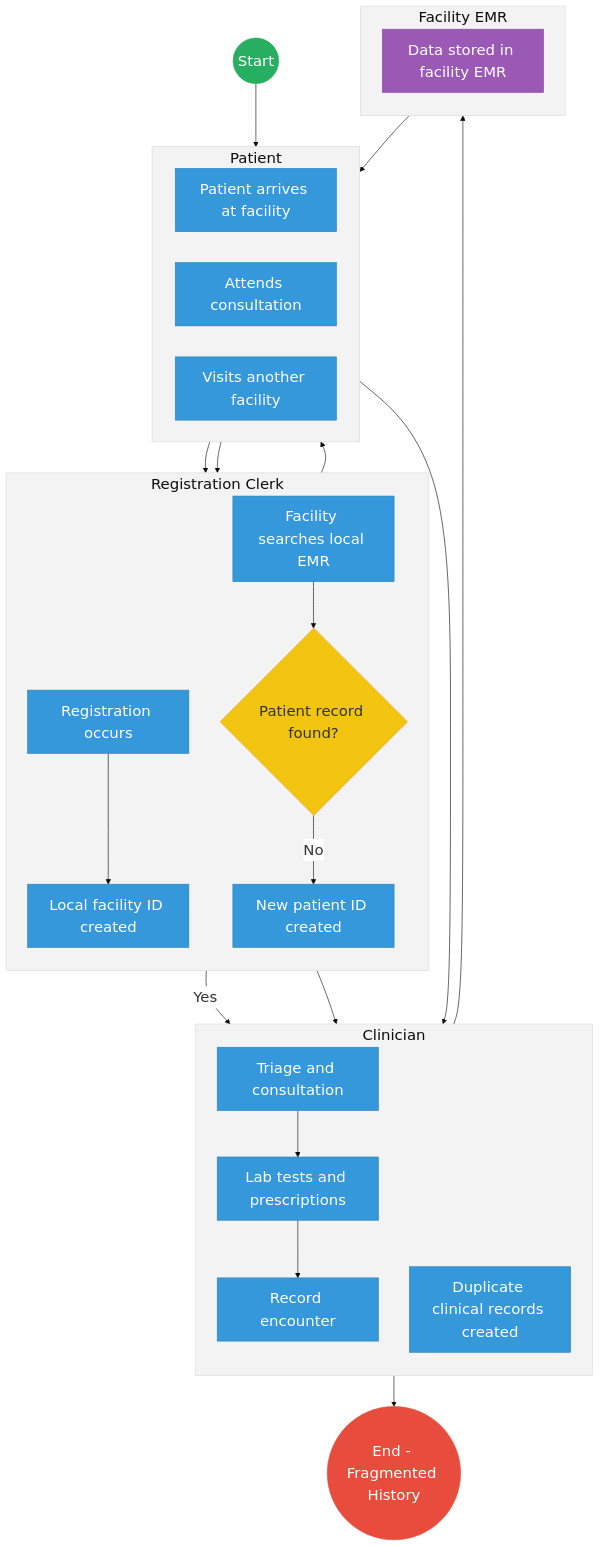
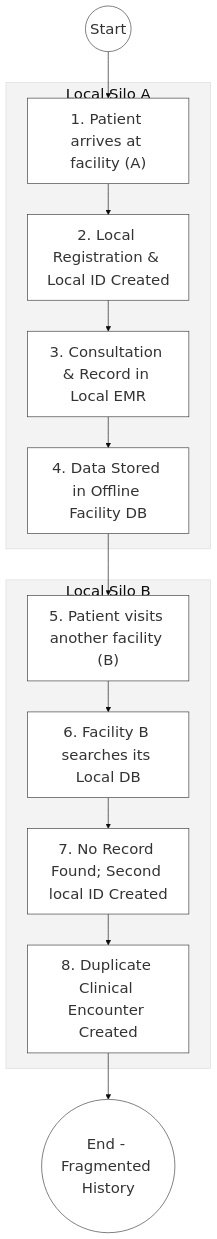
One commit to BITZ-IT-Consulting-LTD/ictapoc changed the first of 2 diagrams in mdas/docs_final/priority_mdas/Ministry_of_Health___Service_Delivery.md. Above: the diagram before and after it, drawn with Mermaid. The commit also changed other lines of this file and 37 other files, not shown here.

````diff
--- a/mdas/docs_final/priority_mdas/Ministry_of_Health___Service_Delivery.md
+++ b/mdas/docs_final/priority_mdas/Ministry_of_Health___Service_Delivery.md
@@ -36,69 +76,20 @@
 ```mermaid
 %%{init: { 'theme': 'base', 'themeVariables': { 'fontSize': '24px', 'fontFamily': 'Inter, system-ui, sans-serif', 'primaryColor': '#ffffff', 'edgeLabelBackground':'#ffffff', 'tertiaryColor': '#f3f3f3', 'mainBkg': '#ffffff', 'nodeBorder': '#333333' } } }%%
 flowchart TD
-    %% Events
-    Start((Start))
-    EndProcess(("End - Fragmented History"))
-
-    subgraph Patient [Patient]
-        direction LR
-        Arrive1["Patient arrives at facility"]
-        Consult1["Attends consultation"]
-        Arrive2["Visits another facility"]
+    Start((Start)) --> Arrive1["1. Patient arrives at facility (A)"]
+    
+    subgraph Facility_A["Local Silo A"]
+        Arrive1 --> RegPat1["2. Local Registration & Local ID Created"]
+        RegPat1 --> Consult1["3. Consultation & Record in Local EMR"]
+        Consult1 --> StoreLoc1["4. Data Stored in Offline Facility DB"]
     end
 
-    subgraph RegClerk["Registration Clerk"]
-        direction TB
-        RegPat["Registration occurs"]
-        SearchRec["Facility searches local EMR"]
-        RecGateway{"Patient record found?"}
-        CreateNew["New patient ID created"]
-        AssignID["Local facility ID created"]
+    subgraph Facility_B["Local Silo B"]
+        StoreLoc1 --> Arrive2["5. Patient visits another facility (B)"]
+        Arrive2 --> SearchRec2["6. Facility B searches its Local DB"]
+        SearchRec2 --> CreateNew2["7. No Record Found; Second local ID Created"]
+        CreateNew2 --> DupRec2["8. Duplicate Clinical Encounter Created"]
     end
 
-    subgraph Clinician [Clinician]
-        direction TB
-        Triage["Triage and consultation"]
-        Labs["Lab tests and prescriptions"]
-        RecEnc["Record encounter"]
-        DupRec["Duplicate clinical records created"]
-    end
-
-    subgraph FacEMR["Facility EMR"]
-        direction TB
-        StoreLoc["Data stored in facility EMR"]
-    end
-
-    %% Flow connections
-    Start --> Arrive1
-    Arrive1 --> RegPat
-    RegPat --> AssignID
-    AssignID --> Consult1
-    Consult1 --> Triage
-    Triage --> Labs
-    Labs --> RecEnc
-    RecEnc --> StoreLoc
-    
-    StoreLoc --> Arrive2
-    Arrive2 --> SearchRec
-    SearchRec --> RecGateway
-    
-    RecGateway -- "Yes" --> Triage
-    RecGateway -- "No" --> CreateNew
-    CreateNew --> DupRec
-    
-    DupRec --> EndProcess
-
-    %% Styling
-    classDef startEvent fill:#27ae60,stroke:#27ae60,color:#fff,font-size:24px,font-size:24px;;
-    classDef endEvent fill:#e74c3c,stroke:#e74c3c,color:#fff,font-size:24px,font-size:24px;;
-    classDef userTask fill:#3498db,stroke:#2980b9,color:#fff,font-size:24px,font-size:24px;;
-    classDef serviceTask fill:#9b59b6,stroke:#8e44ad,color:#fff,font-size:24px,font-size:24px;;
-    classDef gateway fill:#f1c40f,stroke:#f39c12,color:#333,font-size:24px,font-size:24px;;
-    
-    class Start startEvent;
-    class EndProcess endEvent;
-    class RecGateway gateway;
-    class StoreLoc serviceTask;
-    class Arrive1,Consult1,Arrive2,RegPat,SearchRec,CreateNew,AssignID,Triage,Labs,RecEnc,DupRec userTask;
+    DupRec2 --> EndProcess(("End - Fragmented History"))
 ```
````
